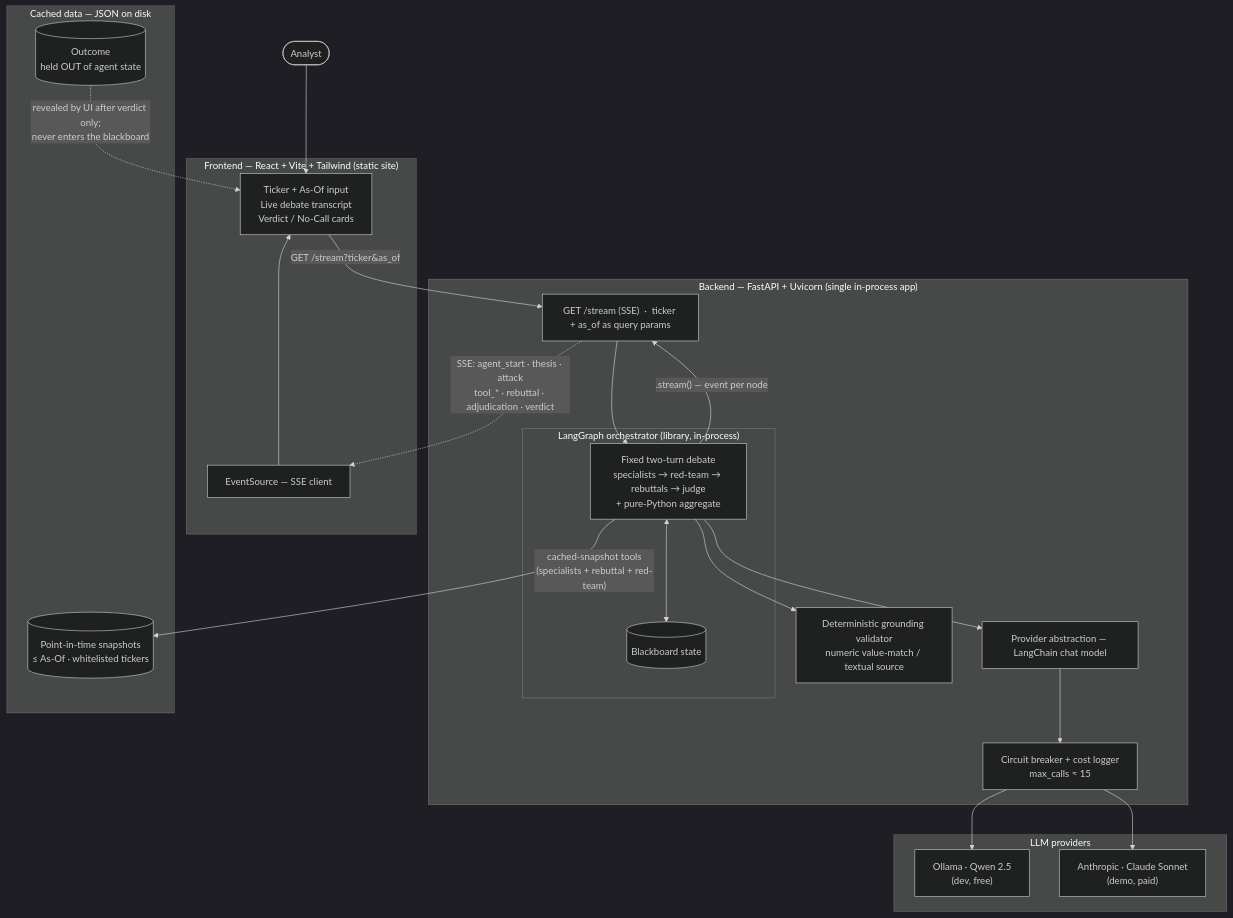
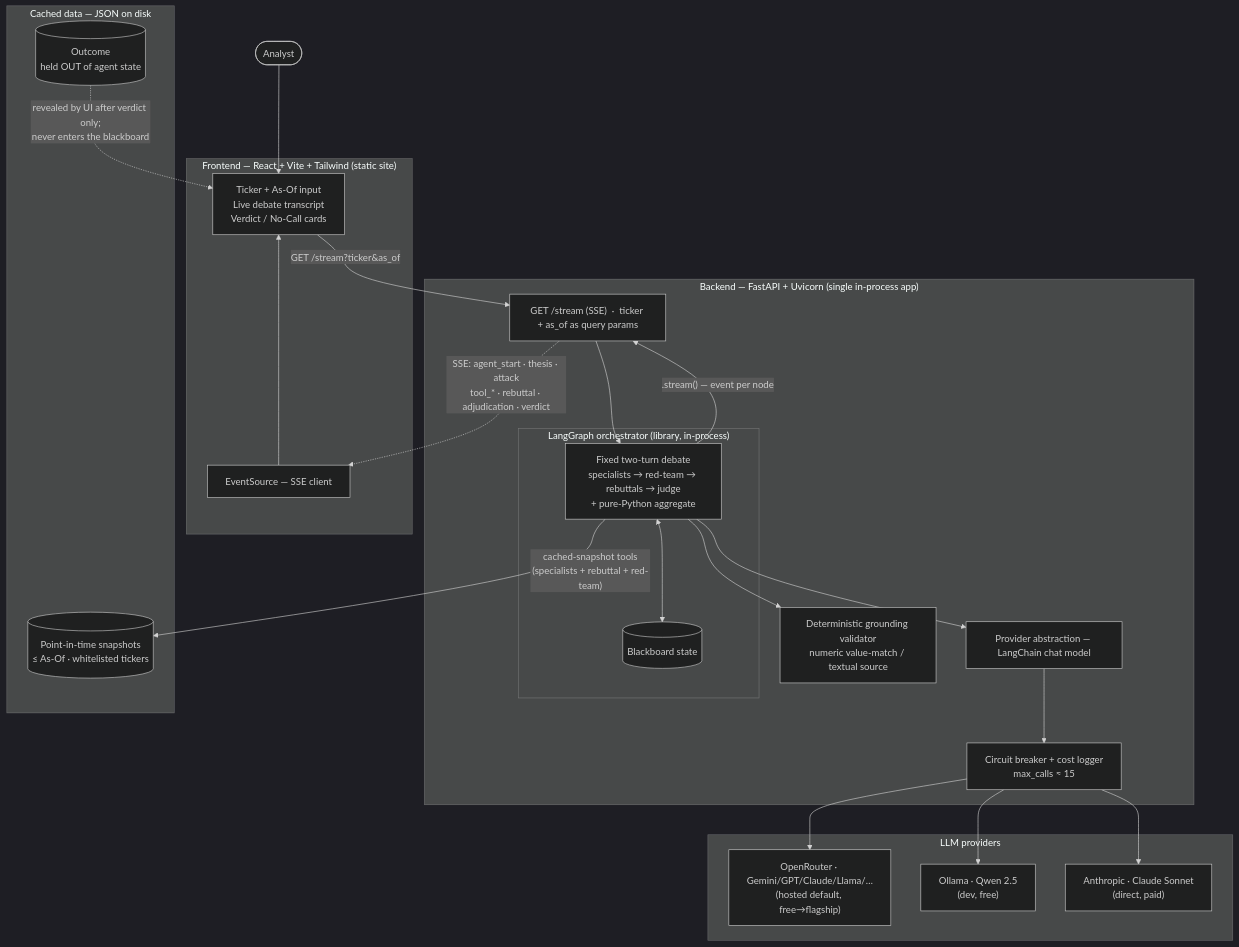
The diagram in ARCHITECTURE.md (minosx31/swarm-traders), drawn with Mermaid (dark theme) before and after one commit. The commit also changed other lines of this file and 2 other files, not shown here.

First line of the commit message:
Document OpenRouter as the default hosted model-access path

````diff
--- a/ARCHITECTURE.md
+++ b/ARCHITECTURE.md
@@ -14,45 +14,47 @@
 ```mermaid
 flowchart TB
     user([Analyst])
 
     subgraph client["Frontend — React + Vite + Tailwind (static site)"]
         ui["Ticker + As-Of input<br/>Live debate transcript<br/>Verdict / No-Call cards"]
         ssec["EventSource — SSE client"]
     end
 
     subgraph server["Backend — FastAPI + Uvicorn (single in-process app)"]
         api["GET /stream (SSE) &nbsp;·&nbsp; ticker + as_of as query params"]
         subgraph lg["LangGraph orchestrator (library, in-process)"]
             bb[("Blackboard&nbsp;state")]
             pipe["Fixed two-turn debate<br/>specialists → red-team → rebuttals → judge<br/>+ pure-Python aggregate"]
         end
         ground["Deterministic grounding validator<br/>numeric value-match / textual source"]
         breaker["Circuit breaker + cost logger<br/>max_calls ≈ 15"]
         prov["Provider abstraction — LangChain chat model"]
     end
 
     subgraph llm["LLM providers"]
+        openrouter["OpenRouter · Gemini/GPT/Claude/Llama/…<br/>(hosted default, free→flagship)"]
         ollama["Ollama · Qwen 2.5<br/>(dev, free)"]
-        claude["Anthropic · Claude Sonnet<br/>(demo, paid)"]
+        claude["Anthropic · Claude Sonnet<br/>(direct, paid)"]
     end
 
     subgraph data["Cached data — JSON on disk"]
         snap[("Point-in-time snapshots<br/>≤ As-Of · whitelisted tickers")]
         outc[("Outcome<br/>held OUT of agent state")]
     end
 
     user --> ui
     ui -->|"GET /stream?ticker&as_of"| api
     api --> pipe
     pipe <--> bb
     pipe --> ground
     pipe -->|"cached-snapshot tools<br/>(specialists + rebuttal + red-team)"| snap
     pipe --> prov
     prov --> breaker
+    breaker --> openrouter
     breaker --> ollama
     breaker --> claude
     pipe -->|".stream() — event per node"| api
     api -.->|"SSE: agent_start · thesis · attack<br/>tool_* · rebuttal · adjudication · verdict"| ssec
     ssec --> ui
     outc -.->|"revealed by UI after verdict only;<br/>never enters the blackboard"| ui
 ```
````
